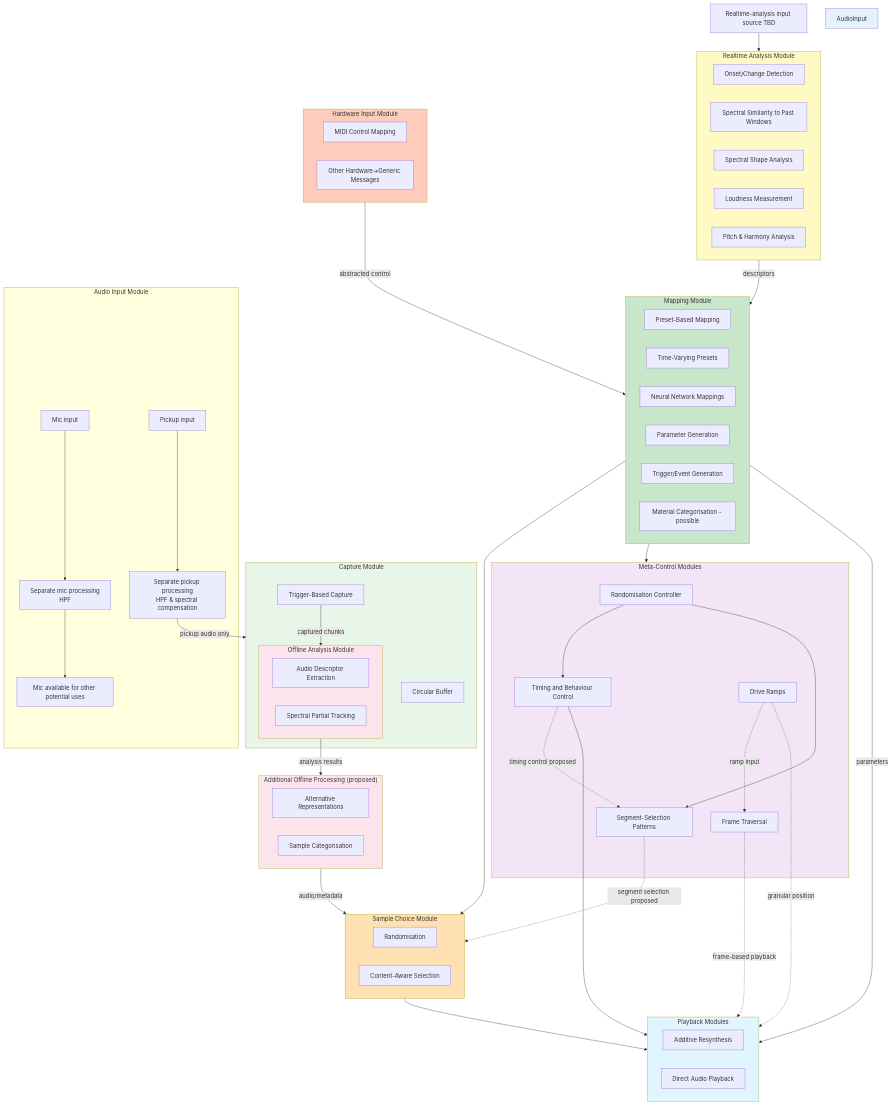
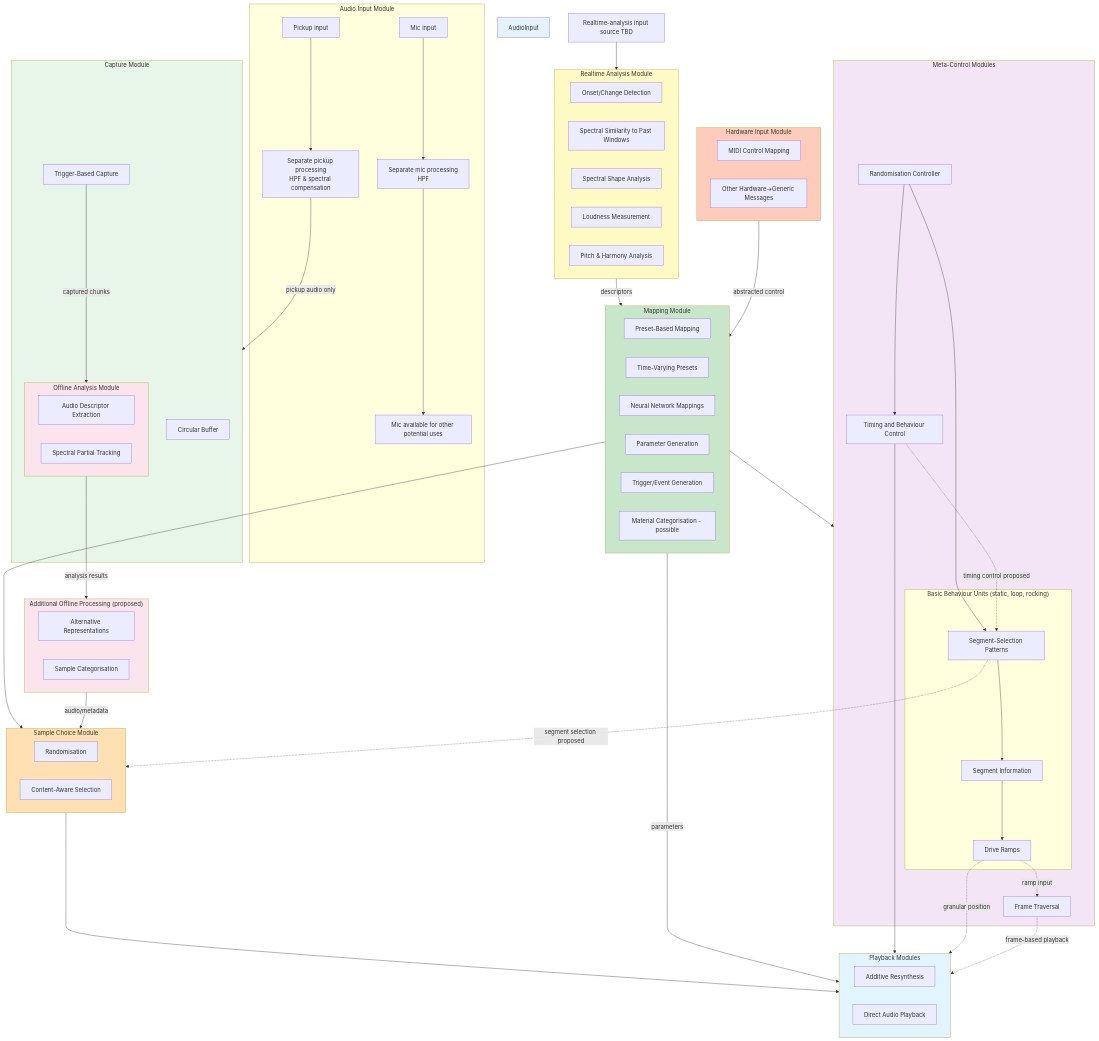
One commit to AlexHarker/wintersleep changed the first of 5 diagrams in System Architecture.md. Above: the diagram before and after it, drawn with Mermaid. The commit also changed other lines of this file and 2 other files, not shown here.

Commit message:
Update notes

```diff
--- a/System Architecture.md
+++ b/System Architecture.md
@@ -53,8 +53,13 @@
     subgraph Control["Meta-Control Modules"]
         Randomisation[Randomisation Controller]
         Timing[Timing and Behaviour Control]
-        BehaviourPatterns[Segment-Selection Patterns]
-        DriveRamps[Drive Ramps]
+        subgraph BehaviourUnits["Basic Behaviour Units (static, loop, rocking)"]
+            BehaviourPatterns[Segment-Selection Patterns]
+            SegmentInfo[Segment Information]
+            DriveRamps[Drive Ramps]
+            BehaviourPatterns --> SegmentInfo
+            SegmentInfo --> DriveRamps
+        end
         FrameTraversal[Frame Traversal]
     end
     
```
